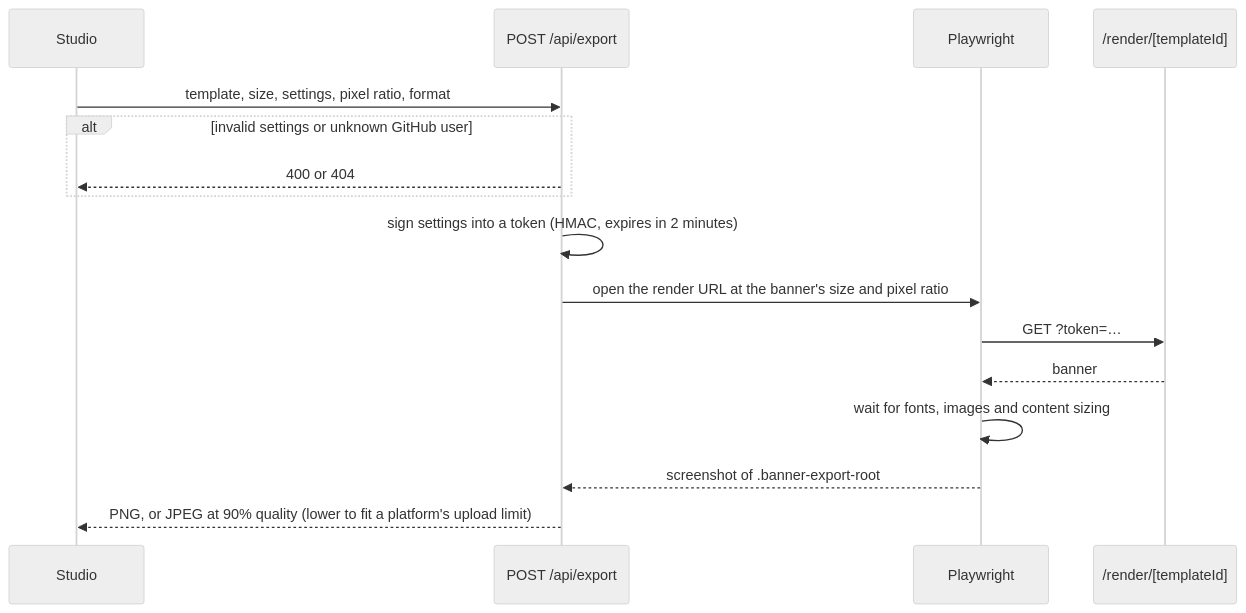
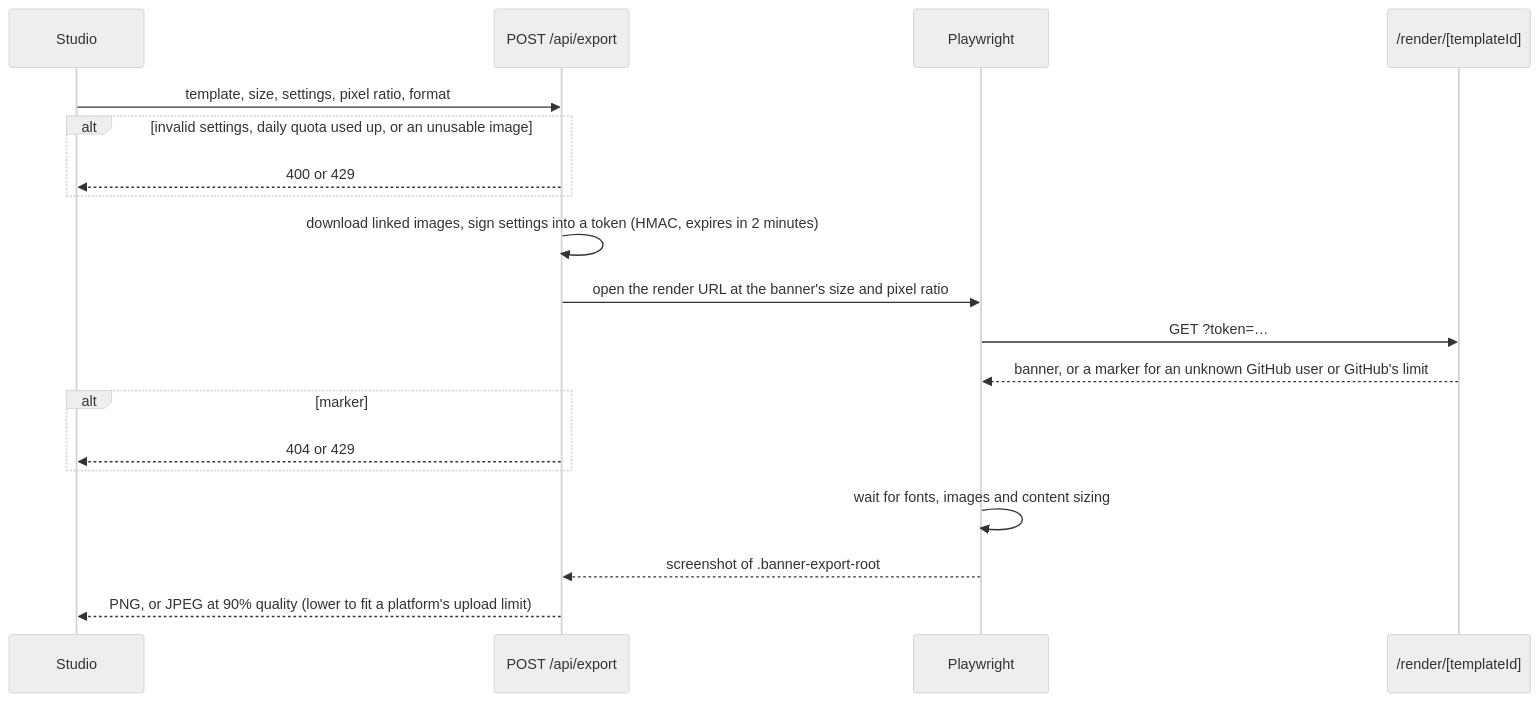
One commit to marhjoh/omnivix changed the second of 2 diagrams in docs/architecture.md. Above: the diagram before and after it, drawn with Mermaid (neutral theme). The commit also changed other lines of this file and 45 other files, not shown here.

````diff
--- a/docs/architecture.md
+++ b/docs/architecture.md
@@ -26,19 +26,22 @@
 ```mermaid
 sequenceDiagram
   participant Studio
   participant API as POST /api/export
   participant Browser as Playwright
   participant Render as /render/[templateId]
 
   Studio->>API: template, size, settings, pixel ratio, format
-  alt invalid settings or unknown GitHub user
-    API-->>Studio: 400 or 404
+  alt invalid settings, daily quota used up, or an unusable image
+    API-->>Studio: 400 or 429
   end
-  API->>API: sign settings into a token (HMAC, expires in 2 minutes)
+  API->>API: download linked images, sign settings into a token (HMAC, expires in 2 minutes)
   API->>Browser: open the render URL at the banner's size and pixel ratio
   Browser->>Render: GET ?token=…
-  Render-->>Browser: banner
+  Render-->>Browser: banner, or a marker for an unknown GitHub user or GitHub's limit
+  alt marker
+    API-->>Studio: 404 or 429
+  end
   Browser->>Browser: wait for fonts, images and content sizing
   Browser-->>API: screenshot of .banner-export-root
   API-->>Studio: PNG, or JPEG at 90% quality (lower to fit a platform's upload limit)
 ```
````
